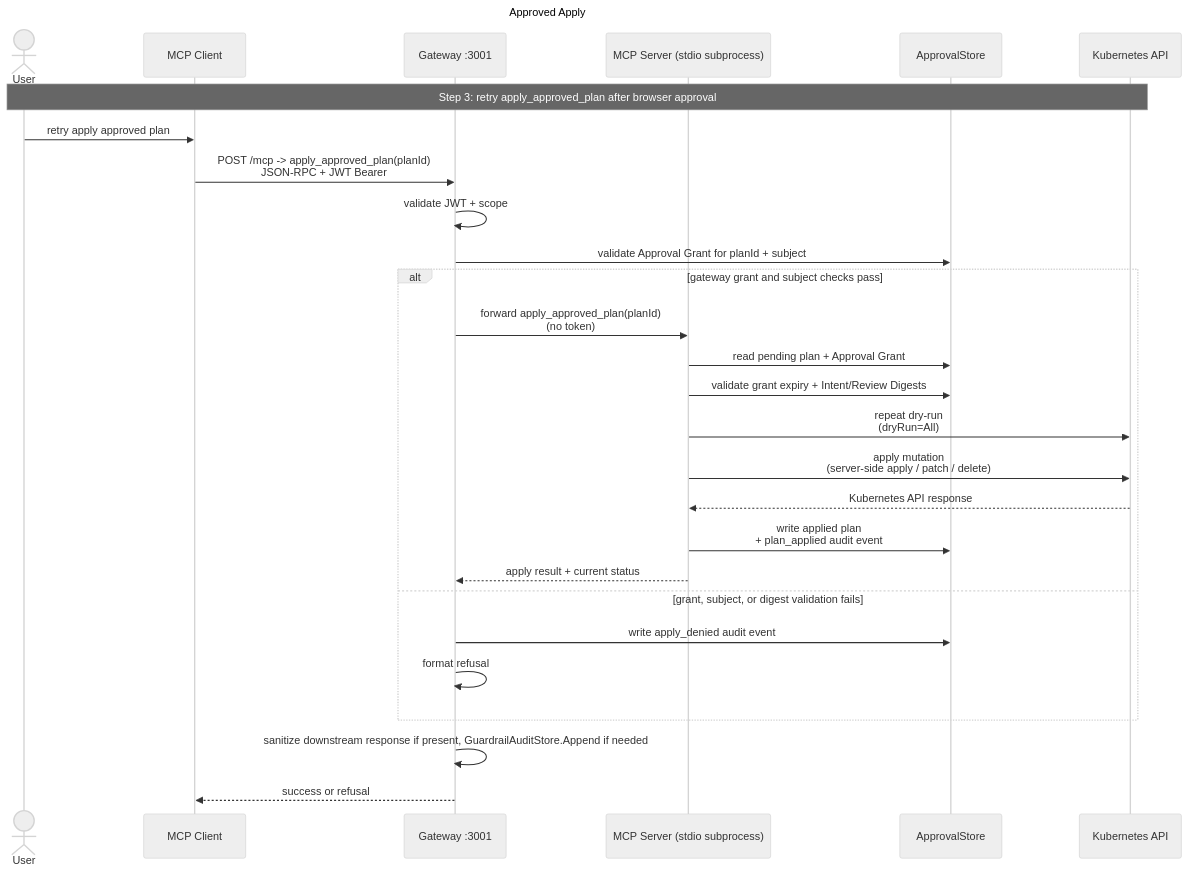
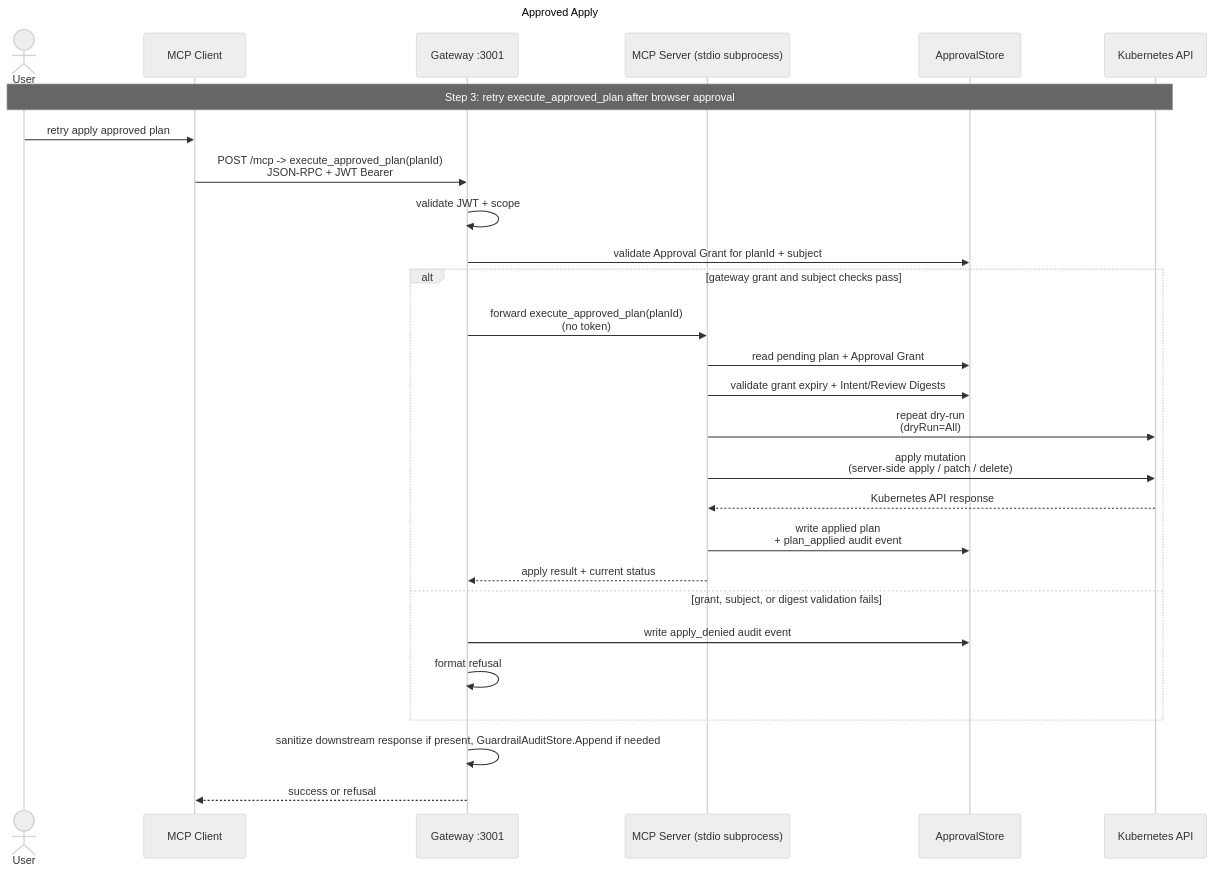
Before and after one commit to mirusser/Kubernetes-MCP-Guard: the sixth of 7 diagrams in docs/architecture.md, drawn with Mermaid (neutral theme). The commit also changed other lines of this file and 30 other files, not shown here.

````diff
--- a/docs/architecture.md
+++ b/docs/architecture.md
@@ -263,35 +263,35 @@
 ```mermaid
 ---
 title: Approved Apply
 ---
 sequenceDiagram
     actor User
     participant Client as MCP Client
     participant GW as Gateway :3001
     participant Svr as MCP Server (stdio subprocess)
     participant Store as ApprovalStore
     participant K8s as Kubernetes API
 
-    Note over User,K8s: Step 3: retry apply_approved_plan after browser approval
+    Note over User,K8s: Step 3: retry execute_approved_plan after browser approval
 
     User->>Client: retry apply approved plan
-    Client->>GW: POST /mcp -> apply_approved_plan(planId)<br/>JSON-RPC + JWT Bearer
+    Client->>GW: POST /mcp -> execute_approved_plan(planId)<br/>JSON-RPC + JWT Bearer
     GW->>GW: validate JWT + scope
     GW->>Store: validate Approval Grant for planId + subject
     alt gateway grant and subject checks pass
-        GW->>Svr: forward apply_approved_plan(planId)<br/>(no token)
+        GW->>Svr: forward execute_approved_plan(planId)<br/>(no token)
         Svr->>Store: read pending plan + Approval Grant
         Svr->>Store: validate grant expiry + Intent/Review Digests
         Svr->>K8s: repeat dry-run<br/>(dryRun=All)
         Svr->>K8s: apply mutation<br/>(server-side apply / patch / delete)
         K8s-->>Svr: Kubernetes API response
         Svr->>Store: write applied plan<br/>+ plan_applied audit event
         Svr-->>GW: apply result + current status
     else grant, subject, or digest validation fails
         GW->>Store: write apply_denied audit event
         GW->>GW: format refusal
     end
 
     GW->>GW: sanitize downstream response if present, GuardrailAuditStore.Append if needed
     GW-->>Client: success or refusal
 ```
````
